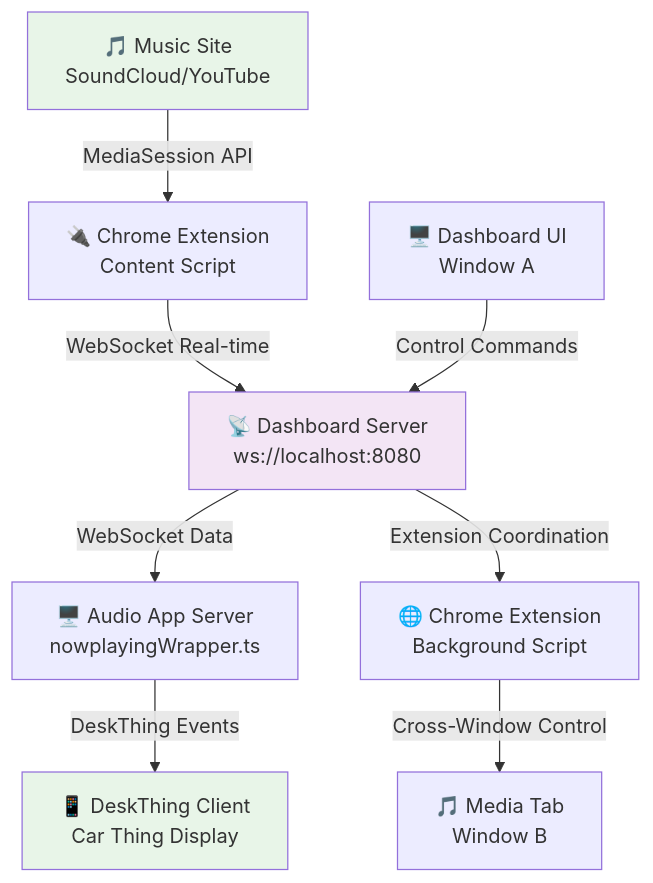
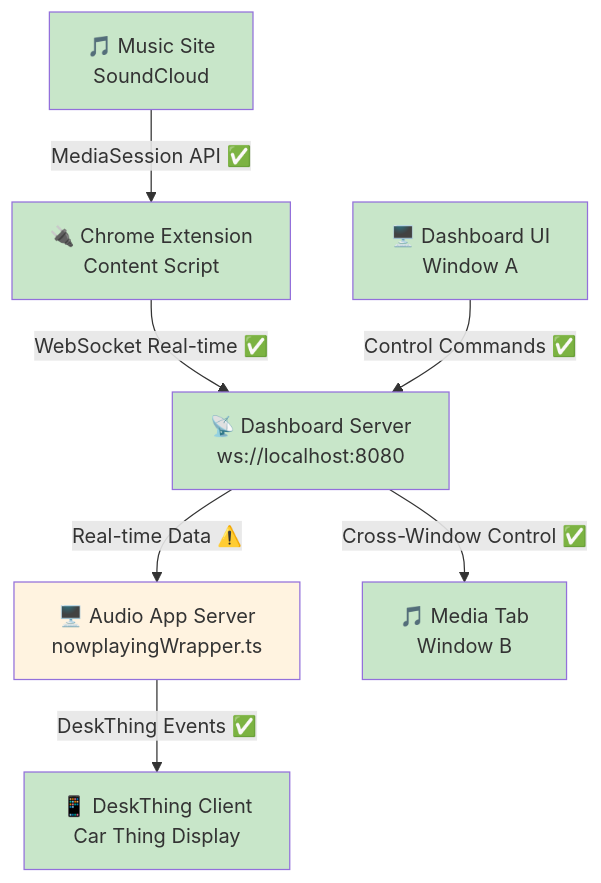
Before and after one commit to ItsRiprod/Deskthing-Apps: the third of 3 diagrams in ARCHITECTURE.md, drawn with Mermaid. The commit also changed other lines of this file and 6 other files, not shown here.

Commit message:
Refactor background script and remove dead polling endpoints for cross-window control

````diff
--- a/ARCHITECTURE.md
+++ b/ARCHITECTURE.md
@@ -175,15 +220,18 @@
 ```mermaid
 graph TD
-    A["🎵 Music Site<br/>SoundCloud/YouTube"] -->|"MediaSession API"| B["🔌 Chrome Extension<br/>Content Script"]
-    B -->|"WebSocket Real-time"| C["📡 Dashboard Server<br/>ws://localhost:8080"]
-    C -->|"WebSocket Data"| D["🖥️ Audio App Server<br/>nowplayingWrapper.ts"]
-    D -->|"DeskThing Events"| E["📱 DeskThing Client<br/>Car Thing Display"]
+    A["🎵 Music Site<br/>SoundCloud"] -->|"MediaSession API ✅"| B["🔌 Chrome Extension<br/>Content Script"]
+    B -->|"WebSocket Real-time ✅"| C["📡 Dashboard Server<br/>ws://localhost:8080"]
+    C -->|"Real-time Data ⚠️"| D["🖥️ Audio App Server<br/>nowplayingWrapper.ts"]
+    D -->|"DeskThing Events ✅"| E["📱 DeskThing Client<br/>Car Thing Display"]
     
-    F["🖥️ Dashboard UI<br/>Window A"] -->|"Control Commands"| C
-    C -->|"Extension Coordination"| G["🌐 Chrome Extension<br/>Background Script"]
-    G -->|"Cross-Window Control"| H["🎵 Media Tab<br/>Window B"]
+    F["🖥️ Dashboard UI<br/>Window A"] -->|"Control Commands ✅"| C
+    C -->|"Cross-Window Control ✅"| G["🎵 Media Tab<br/>Window B"]
     
-    style A fill:#e8f5e8
-    style E fill:#e8f5e8
-    style C fill:#f3e5f5
+    style A fill:#c8e6c9
+    style B fill:#c8e6c9
+    style C fill:#c8e6c9
+    style D fill:#fff3e0
+    style E fill:#c8e6c9
+    style F fill:#c8e6c9
+    style G fill:#c8e6c9
 ```
````
